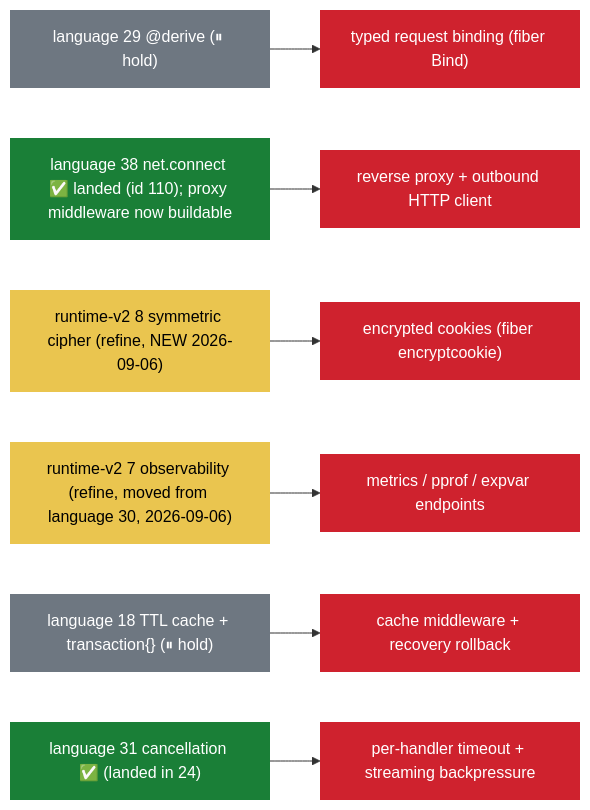
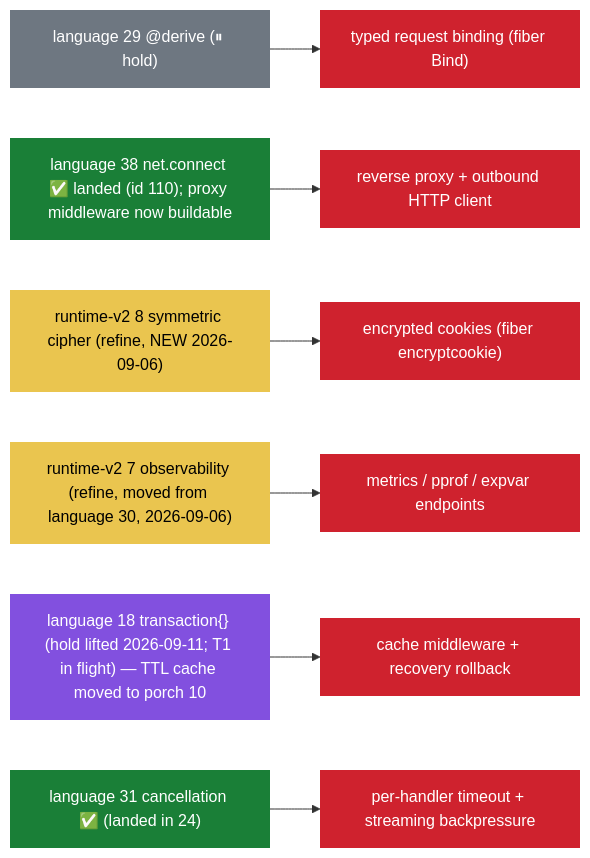
One commit to shoneyJ/writeonce changed the sixth of 9 diagrams in docs/00-dependency-graph.md. Above: the diagram before and after it, drawn with Mermaid. The commit also changed other lines of this file and 7 other files, not shown here.

````diff
--- a/docs/00-dependency-graph.md
+++ b/docs/00-dependency-graph.md
@@ -339,28 +356,29 @@
 ```mermaid
 flowchart LR
     classDef done fill:#1a7f37,color:#fff,stroke:none
     classDef refine fill:#eac54f,color:#000,stroke:none
     classDef held fill:#6e7781,color:#fff,stroke:none
     classDef gap fill:#cf222e,color:#fff,stroke:none
+    classDef inprog fill:#8250df,color:#fff,stroke:none
 
     L29["language 29 @derive (⏸ hold)"]:::held
     L38["language 38 net.connect ✅ landed (id 110); proxy middleware now buildable"]:::done
     L43["runtime-v2 8 symmetric cipher (refine, NEW 2026-09-06)"]:::refine
     L30["runtime-v2 7 observability (refine, moved from language 30, 2026-09-06)"]:::refine
-    L18["language 18 TTL cache + transaction{} (⏸ hold)"]:::held
+    L18["language 18 transaction{} (hold lifted 2026-09-11; T1 in flight) — TTL cache moved to porch 10"]:::inprog
     L31["language 31 cancellation ✅ (landed in 24)"]:::done
 
     BIND["typed request binding (fiber Bind)"]:::gap
     PROXY["reverse proxy + outbound HTTP client"]:::gap
     ENC["encrypted cookies (fiber encryptcookie)"]:::gap
     METRICS["metrics / pprof / expvar endpoints"]:::gap
     CACHE["cache middleware + recovery rollback"]:::gap
     TIMEOUT["per-handler timeout + streaming backpressure"]:::gap
 
     L29 --> BIND
     L38 --> PROXY
     L43 --> ENC
     L30 --> METRICS
     L18 --> CACHE
     L31 --> TIMEOUT
 ```
````
